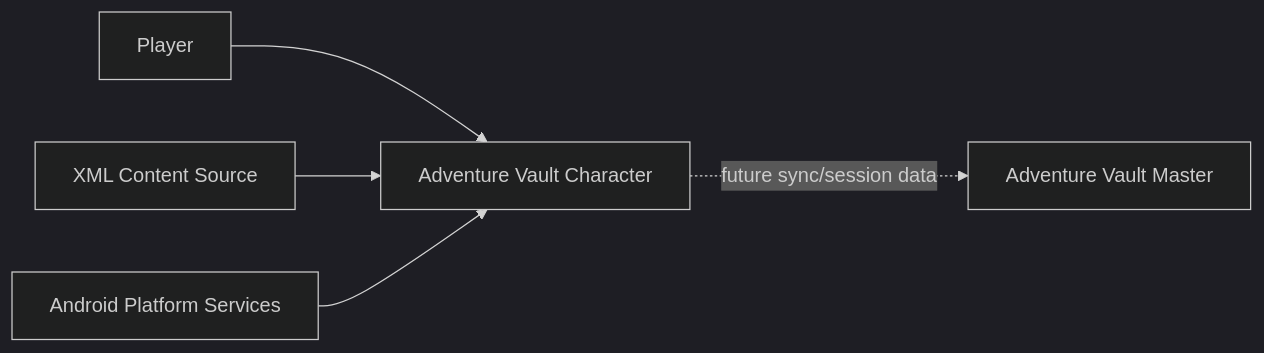
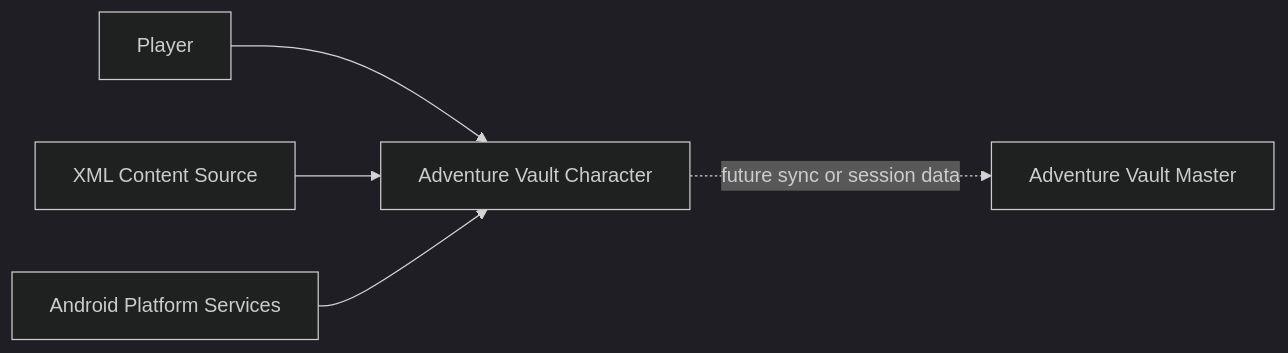
The diagram in Adventure Vault Character/docs/diagrams/context.md (JuanEstrada/adventure-vault-character), drawn with Mermaid (dark theme) before and after one commit. The commit also changed 31 other files, not shown here.

````diff
--- a/Adventure Vault Character/docs/diagrams/context.md
+++ b/Adventure Vault Character/docs/diagrams/context.md
@@ -9,13 +9,13 @@
 ```mermaid
 flowchart LR
     Player[Player]
     App[Adventure Vault Character]
     Xml[XML Content Source]
     Dm[Adventure Vault Master]
     Android[Android Platform Services]
 
     Player --> App
     Xml --> App
-    App -. future sync/session data .-> Dm
+    App -. future sync or session data .-> Dm
     Android --> App
 ```
````
